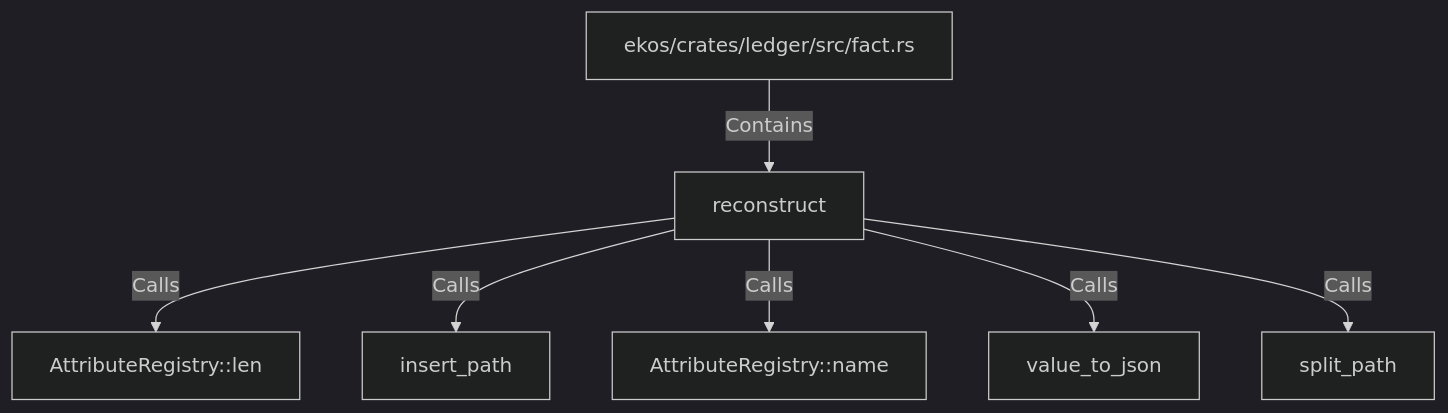
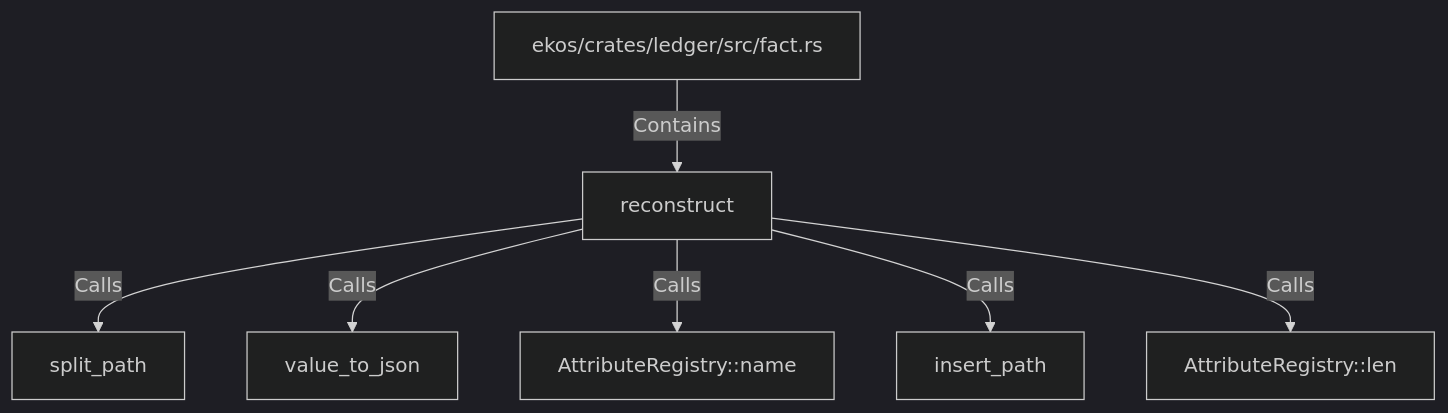
The diagram in doc/entities/rustsymbol/re/reconstruct.md (alexeyban/EKOS), drawn with Mermaid (dark theme) before and after one commit. The commit also changed other lines of this file and 552 other files, not shown here.

````diff
--- a/doc/entities/rustsymbol/re/reconstruct.md
+++ b/doc/entities/rustsymbol/re/reconstruct.md
@@ -25,16 +25,16 @@
 ```mermaid
 graph TD
     n5afc145cc6ce5e309ac552b81dd3b22b["reconstruct"]
     n7837f9fa71785151a068e75361336c37["ekos/crates/ledger/src/fact.rs"]
     n7837f9fa71785151a068e75361336c37 -->|Contains| n5afc145cc6ce5e309ac552b81dd3b22b
+    ndc099dd2992b5e159906cd2ebe704310["split_path"]
+    n5afc145cc6ce5e309ac552b81dd3b22b -->|Calls| ndc099dd2992b5e159906cd2ebe704310
+    ncec10e58166c56a5bb1f471d24727e87["value_to_json"]
+    n5afc145cc6ce5e309ac552b81dd3b22b -->|Calls| ncec10e58166c56a5bb1f471d24727e87
+    n6f8b73f35dc9536fa72aeaa0fd944f51["AttributeRegistry::name"]
+    n5afc145cc6ce5e309ac552b81dd3b22b -->|Calls| n6f8b73f35dc9536fa72aeaa0fd944f51
+    n3e14b1d6e8f15a15b5f9d69f821b67cb["insert_path"]
+    n5afc145cc6ce5e309ac552b81dd3b22b -->|Calls| n3e14b1d6e8f15a15b5f9d69f821b67cb
     nc441faa058d85de0957574cc0e087136["AttributeRegistry::len"]
     n5afc145cc6ce5e309ac552b81dd3b22b -->|Calls| nc441faa058d85de0957574cc0e087136
-    n3e14b1d6e8f15a15b5f9d69f821b67cb["insert_path"]
-    n5afc145cc6ce5e309ac552b81dd3b22b -->|Calls| n3e14b1d6e8f15a15b5f9d69f821b67cb
-    n6f8b73f35dc9536fa72aeaa0fd944f51["AttributeRegistry::name"]
-    n5afc145cc6ce5e309ac552b81dd3b22b -->|Calls| n6f8b73f35dc9536fa72aeaa0fd944f51
-    ncec10e58166c56a5bb1f471d24727e87["value_to_json"]
-    n5afc145cc6ce5e309ac552b81dd3b22b -->|Calls| ncec10e58166c56a5bb1f471d24727e87
-    ndc099dd2992b5e159906cd2ebe704310["split_path"]
-    n5afc145cc6ce5e309ac552b81dd3b22b -->|Calls| ndc099dd2992b5e159906cd2ebe704310
 ```
````
